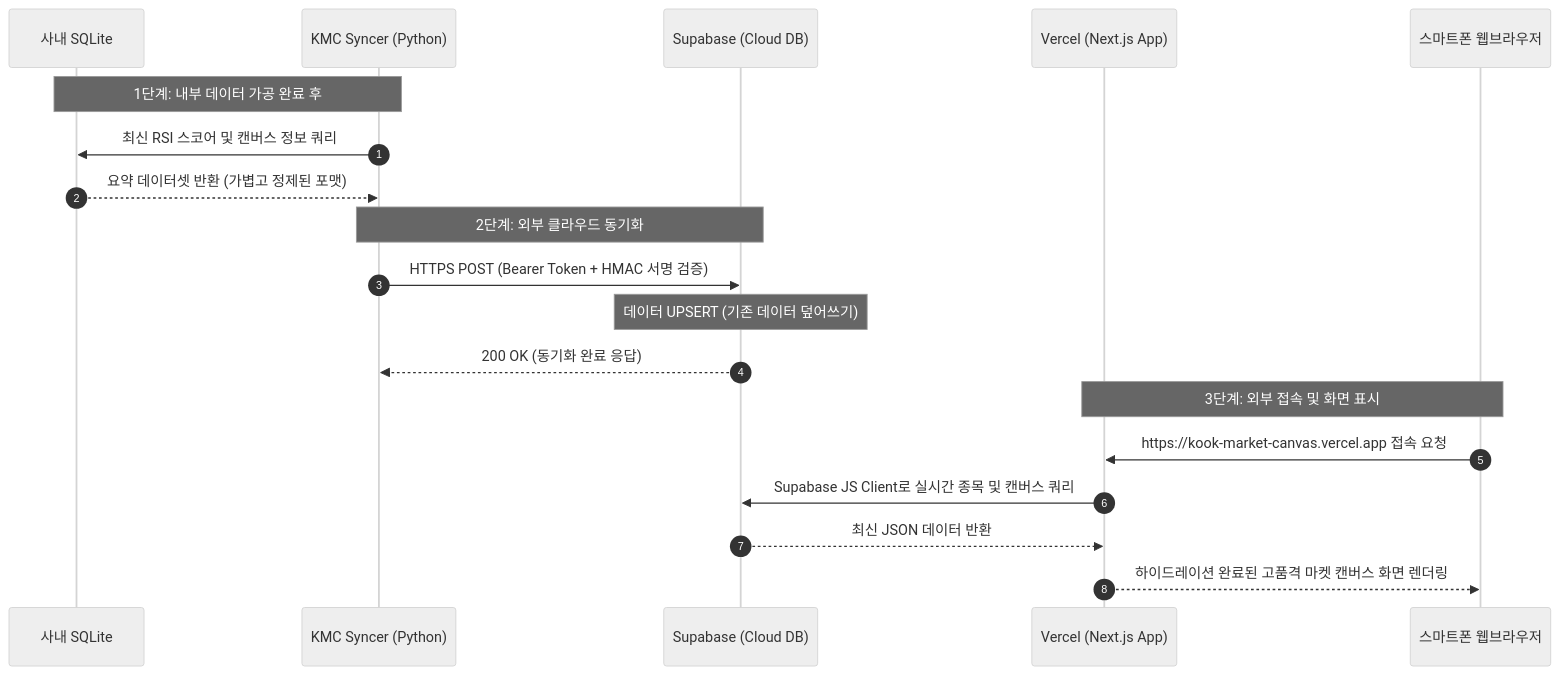
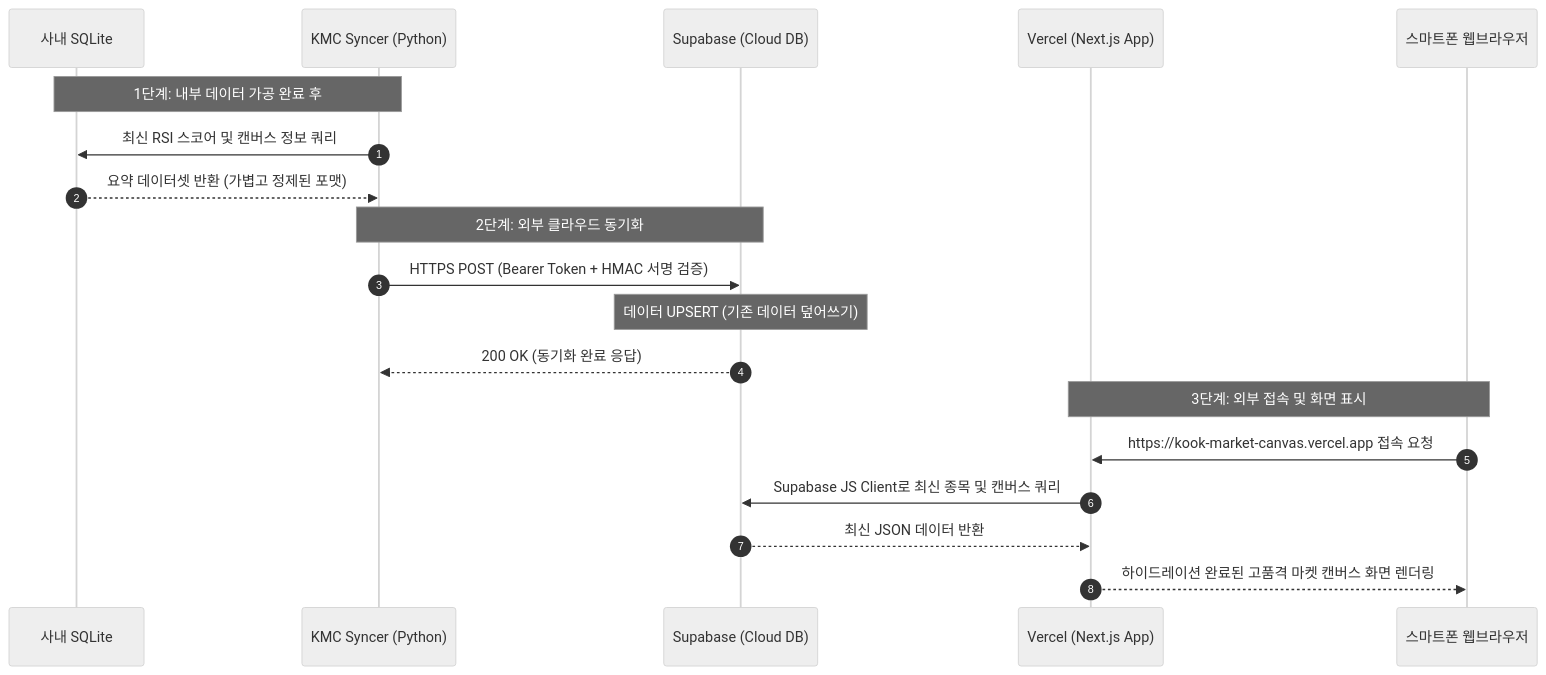
One commit to Kookai2026/kook-market-canvas changed the second of 2 diagrams in docs/architecture.md. Above: the diagram before and after it, drawn with Mermaid (neutral theme). The commit also changed other lines of this file and 15 other files, not shown here.

````diff
--- a/docs/architecture.md
+++ b/docs/architecture.md
@@ -86,24 +86,24 @@
 ```mermaid
 sequenceDiagram
     autonumber
     participant local as 사내 SQLite
     participant syncer as KMC Syncer (Python)
     participant supabase as Supabase (Cloud DB)
     participant vercel as Vercel (Next.js App)
     participant client as 스마트폰 웹브라우저
 
     Note over local, syncer: 1단계: 내부 데이터 가공 완료 후
     syncer->>local: 최신 RSI 스코어 및 캔버스 정보 쿼리
     local-->>syncer: 요약 데이터셋 반환 (가볍고 정제된 포맷)
     
     Note over syncer, supabase: 2단계: 외부 클라우드 동기화
     syncer->>supabase: HTTPS POST (Bearer Token + HMAC 서명 검증)
     Note over supabase: 데이터 UPSERT (기존 데이터 덮어쓰기)
     supabase-->>syncer: 200 OK (동기화 완료 응답)
     
     Note over vercel, client: 3단계: 외부 접속 및 화면 표시
     client->>vercel: https://kook-market-canvas.vercel.app 접속 요청
-    vercel->>supabase: Supabase JS Client로 실시간 종목 및 캔버스 쿼리
+    vercel->>supabase: Supabase JS Client로 최신 종목 및 캔버스 쿼리
     supabase-->>vercel: 최신 JSON 데이터 반환
     vercel-->>client: 하이드레이션 완료된 고품격 마켓 캔버스 화면 렌더링
 ```
````
